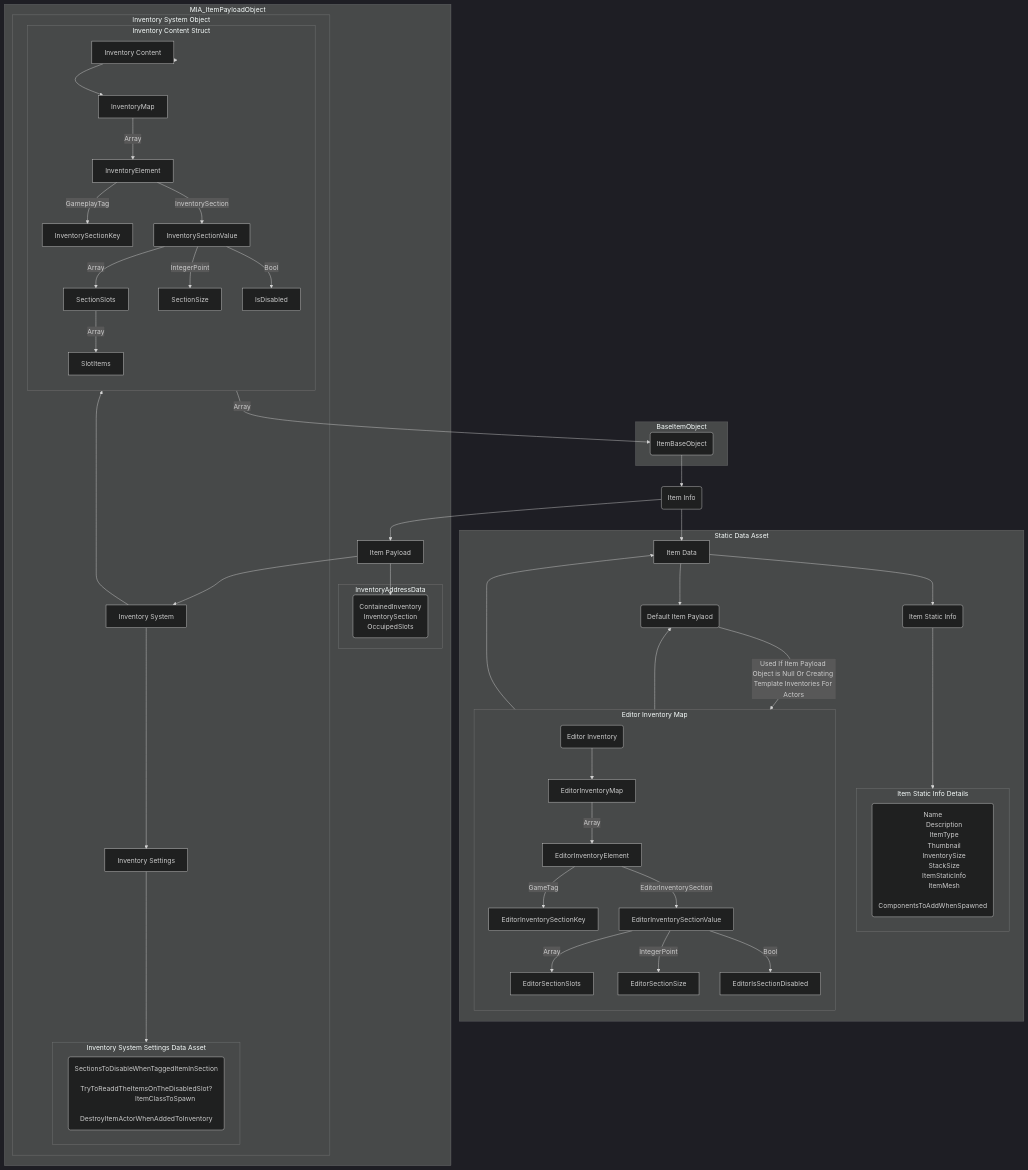
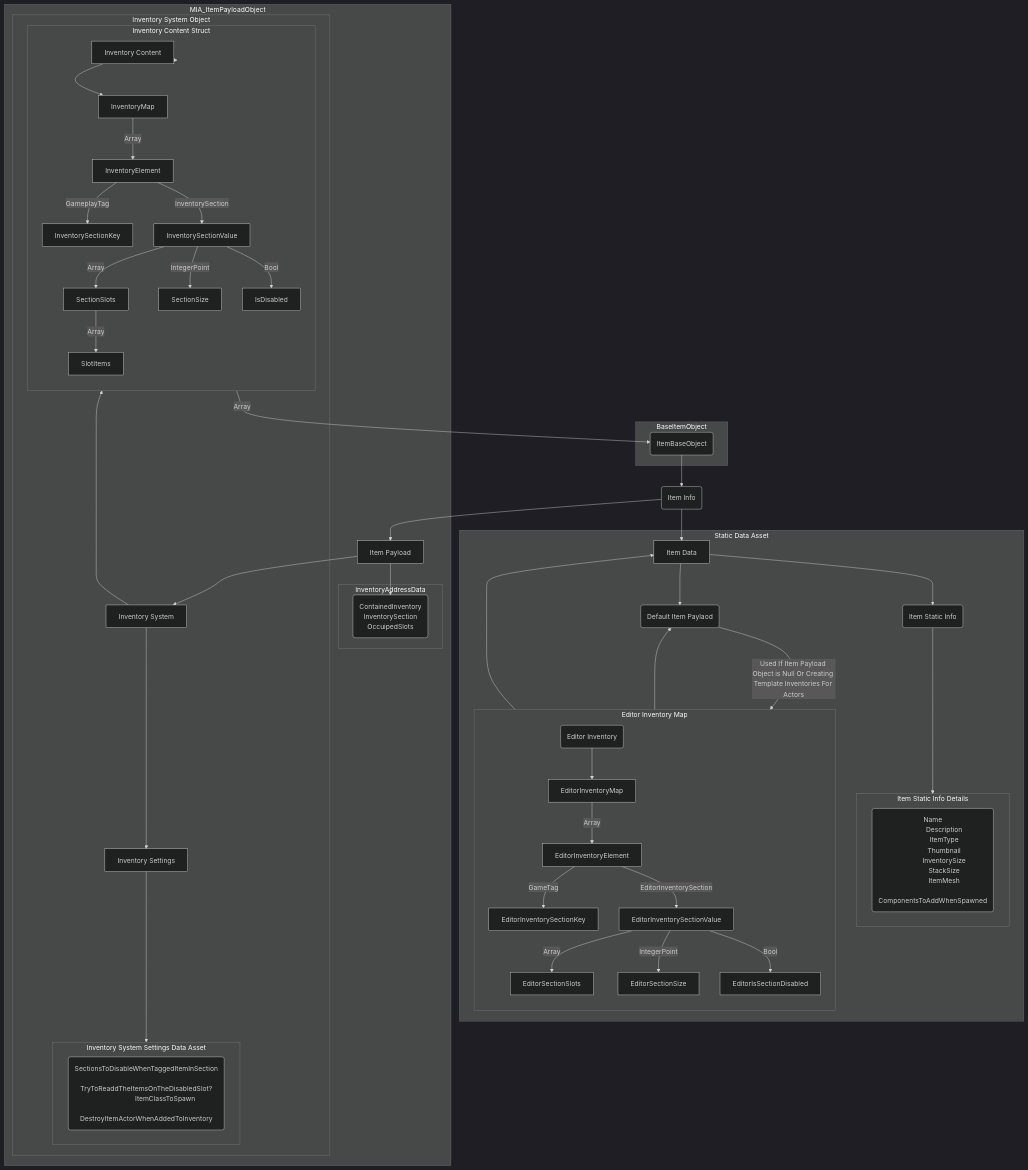
The diagram in docs/Modular-Inventory-Attachment/AboutInventoryAttachment.md (Elmarath/ElmarathStudio), drawn with Mermaid (dark theme) before and after one commit. The commit also changed 11 other files, not shown here.

```diff
--- a/docs/Modular-Inventory-Attachment/AboutInventoryAttachment.md
+++ b/docs/Modular-Inventory-Attachment/AboutInventoryAttachment.md
@@ -29,7 +29,6 @@
             Thumbnail
             InventorySize
             StackSize
-            ItemStaticInfo
             ItemMesh
             ComponentsToAddWhenSpawned
             )
```
